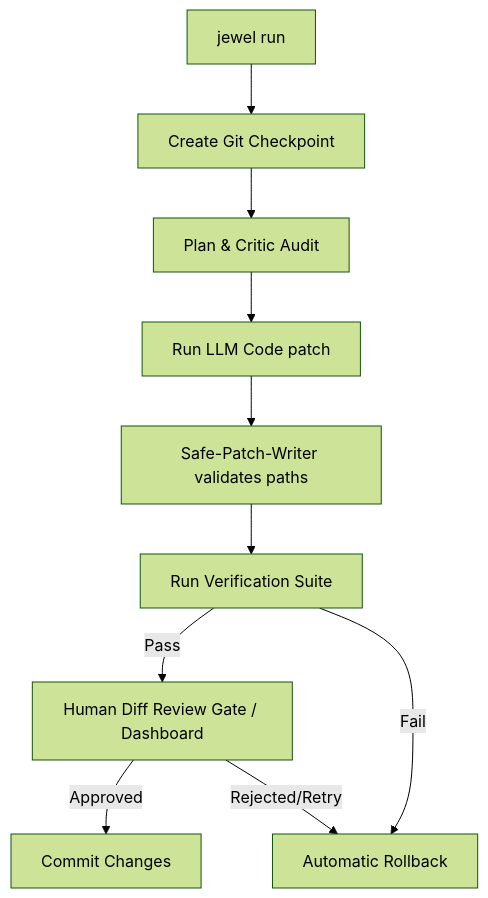
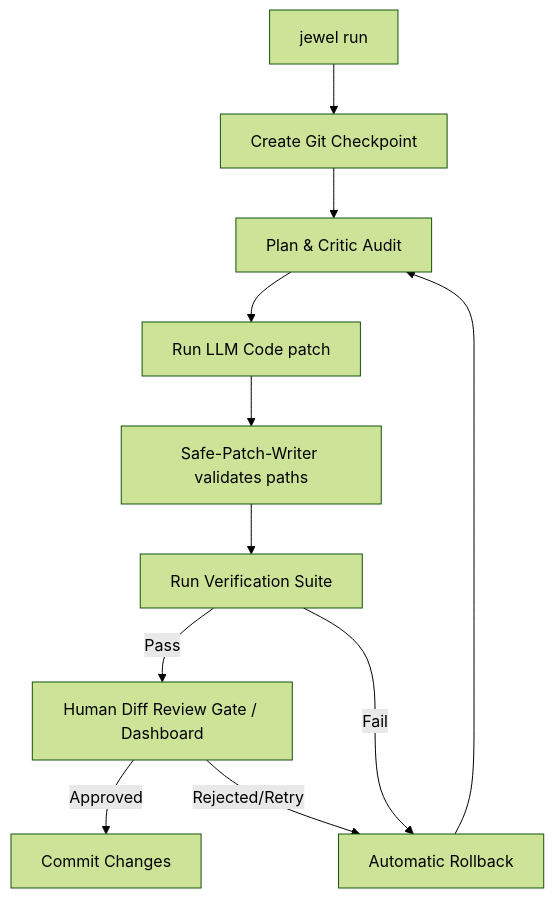
Before and after one commit to vinoth2vinoth/Jewel: the diagram in README.md, drawn with Mermaid (forest theme). The commit also changed other lines of this file and 6 other files, not shown here.

````diff
--- a/README.md
+++ b/README.md
@@ -66,12 +65,13 @@
 ```mermaid
 graph TD
     A[jewel run] --> B[Create Git Checkpoint]
     B --> C[Plan & Critic Audit]
     C --> D[Run LLM Code patch]
     D --> E[Safe-Patch-Writer validates paths]
     E --> F[Run Verification Suite]
     F -- Pass --> G[Human Diff Review Gate / Dashboard]
     F -- Fail --> H[Automatic Rollback]
     G -- Approved --> I[Commit Changes]
     G -- Rejected/Retry --> H
+    H --> C
 ```
````
